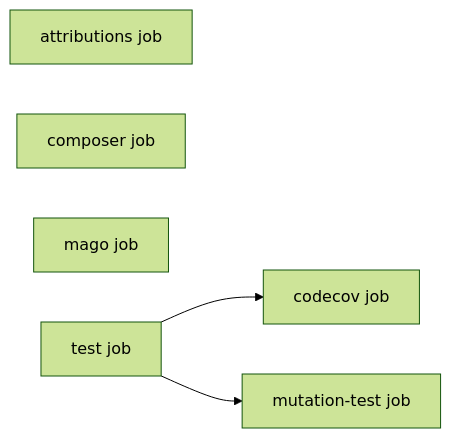
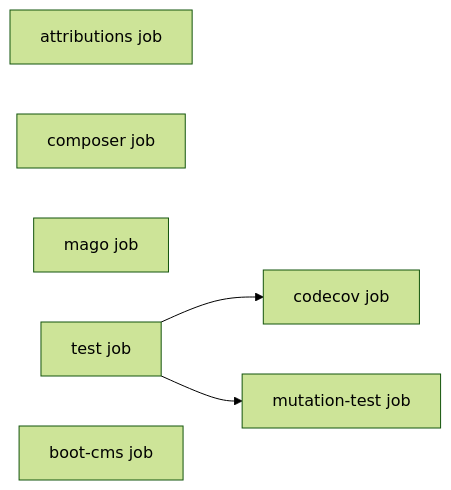
Before and after one commit to contenir/contenir-qa-tools: the diagram in docs/workflow-architecture.md, drawn with Mermaid (forest theme). The commit also changed other lines of this file and 2 other files, not shown here.

First line of the commit message:
Add an opt-in boot-cms job that boots the CMS with the add-on enabled

````diff
--- a/docs/workflow-architecture.md
+++ b/docs/workflow-architecture.md
@@ -21,8 +21,9 @@
 ```mermaid
 graph LR
     attributions[attributions job]
     composer[composer job]
     mago[mago job]
     test[test job] --> codecov[codecov job]
     test --> infection[mutation-test job]
+    bootcms[boot-cms job]
 ```
````
